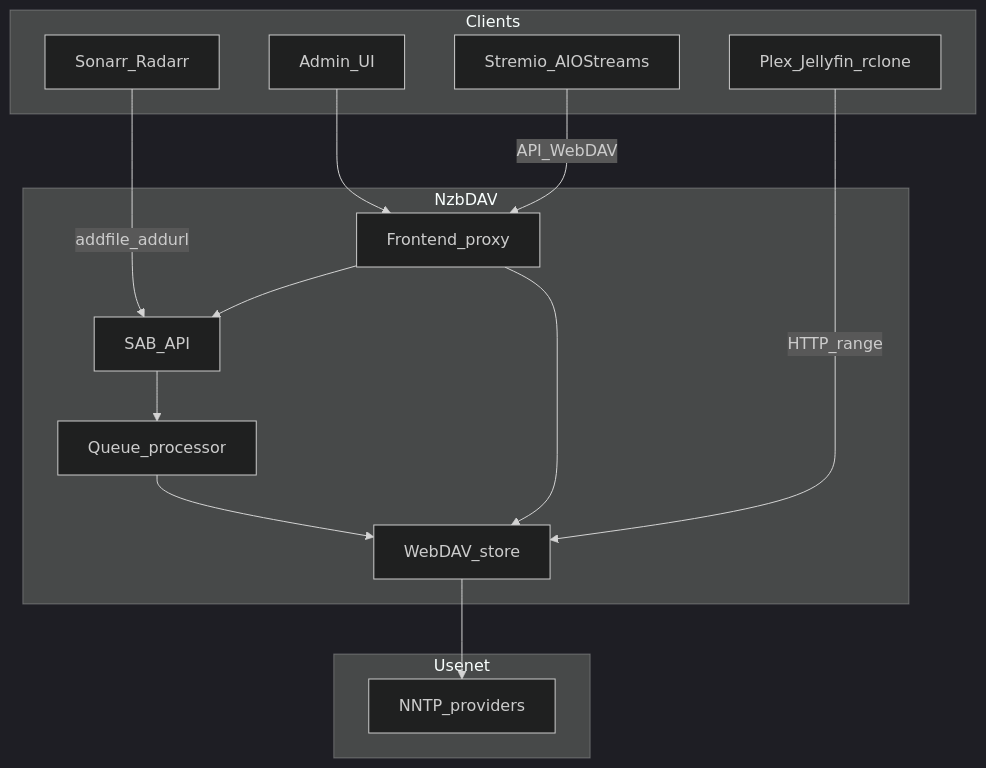
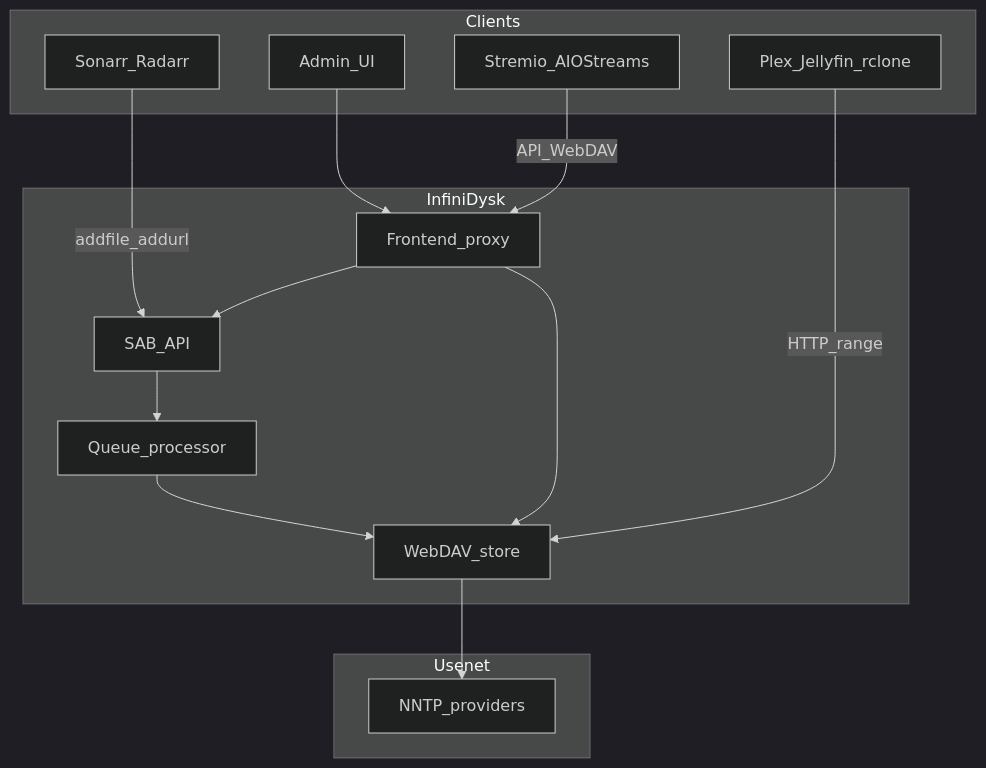
Before and after one commit to infinidysk/docs: the diagram in docs/guides/architecture.md, drawn with Mermaid (dark theme). The commit also changed other lines of this file and 40 other files, not shown here.

First line of the commit message:
feat: introduce InfiniDysk pre-move branding (infinidysk/infinidysk#810)

````diff
--- a/docs/guides/architecture.md
+++ b/docs/guides/architecture.md
@@ -5,27 +5,27 @@
 ```mermaid
 flowchart TB
   subgraph clients [Clients]
     Arr[Sonarr_Radarr]
     Browser[Admin_UI]
     Player[Plex_Jellyfin_rclone]
     Stremio[Stremio_AIOStreams]
   end
-  subgraph nzbdav [NzbDAV]
+  subgraph nzbdav [InfiniDysk]
     SAB[SAB_API]
     Queue[Queue_processor]
     WebDAV[WebDAV_store]
     UI[Frontend_proxy]
   end
   subgraph usenet [Usenet]
     NNTP[NNTP_providers]
   end
   Arr -->|addfile_addurl| SAB
   SAB --> Queue
   Queue --> WebDAV
   Browser --> UI
   UI --> SAB
   UI --> WebDAV
   Player -->|HTTP_range| WebDAV
   WebDAV --> NNTP
   Stremio -->|API_WebDAV| UI
 ```
````
